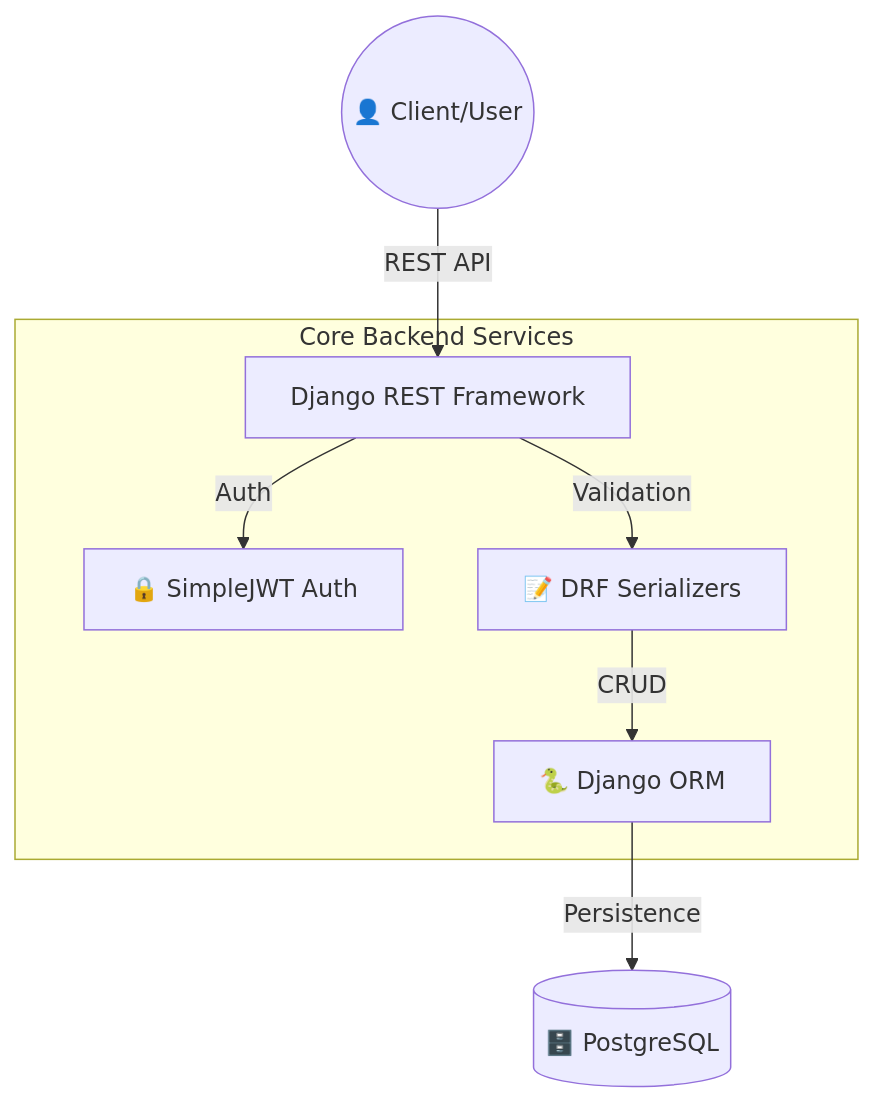
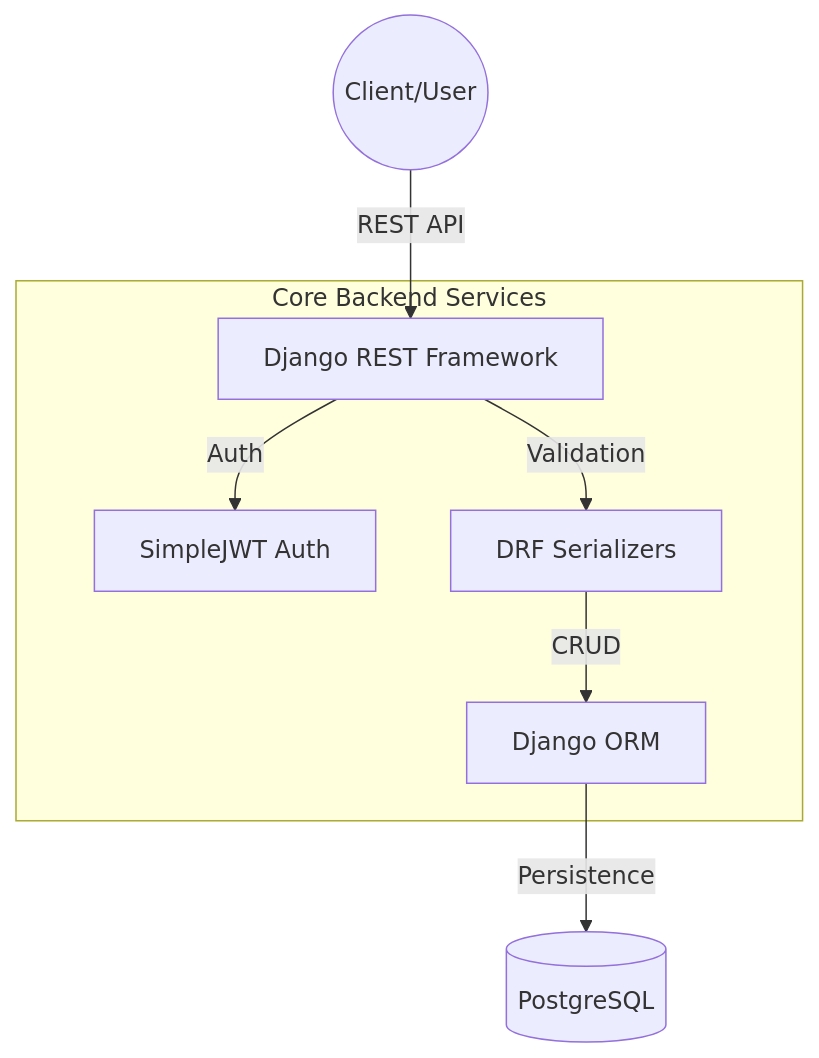
The first of 3 diagrams in README.md (kahan-hirani/healthcare_backend), drawn with Mermaid before and after one commit. The commit also changed other lines of this file, not shown here.

Commit message:
Update: readme file

````diff
--- a/README.md
+++ b/README.md
@@ -9,15 +9,15 @@
 ```mermaid
 graph TD
-    User((👤 Client/User)) -->|REST API| API[Django REST Framework]
-    API -->|Auth| JWT[🔒 SimpleJWT Auth]
-    API -->|Validation| Serializers[📝 DRF Serializers]
-    Serializers -->|CRUD| ORM[🐍 Django ORM]
-    ORM -->|Persistence| DB[(🗄️ PostgreSQL)]
+    User((Client/User)) -->|REST API| API[Django REST Framework]
+    API -->|Auth| JWT[SimpleJWT Auth]
+    API -->|Validation| Serializers[DRF Serializers]
+    Serializers -->|CRUD| ORM[Django ORM]
+    ORM -->|Persistence| DB[(PostgreSQL)]
 
     subgraph "Core Backend Services"
     API
     JWT
     Serializers
     ORM
     end
 ```
````
